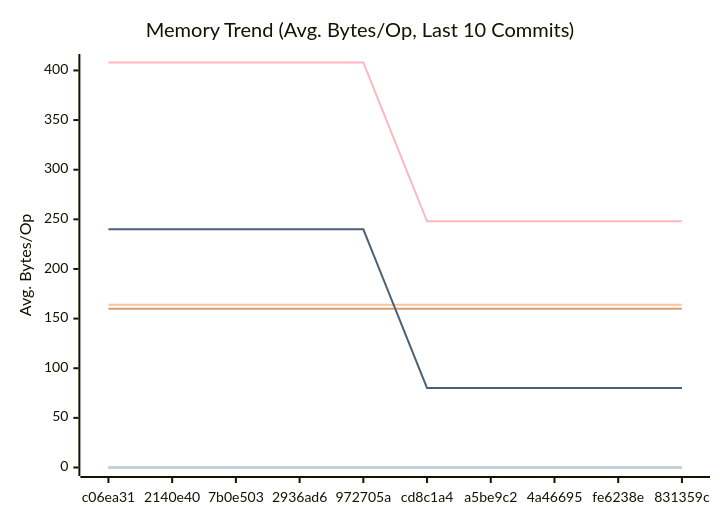
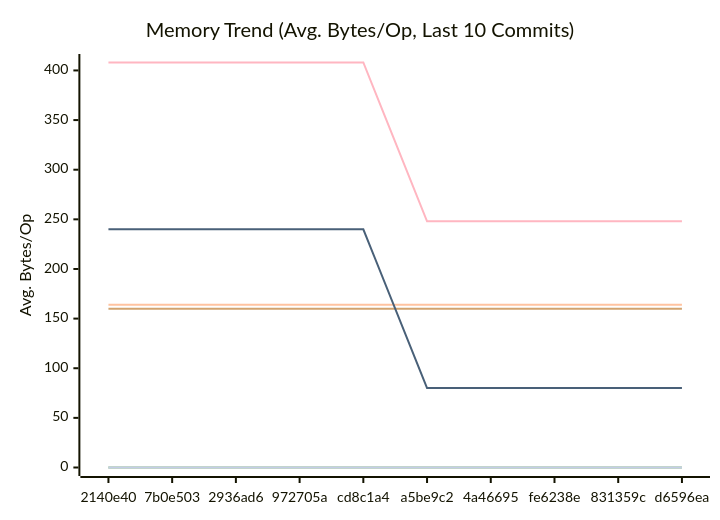
One commit to alsotoes/momo changed the second of 3 diagrams in docs/PERFORMANCE.md. Above: the diagram before and after it, drawn with Mermaid. The commit also changed other lines of this file and 2 other files, not shown here.

````diff
--- a/docs/PERFORMANCE.md
+++ b/docs/PERFORMANCE.md
@@ -97,16 +97,16 @@
 ```mermaid
 xychart-beta
     title "Memory Trend (Avg. Bytes/Op, Last 10 Commits)"
     x-axis "Commit"
     y-axis "Avg. Bytes/Op"
-    x-axis [c06ea31,2140e40,7b0e503,2936ad6,972705a,cd8c1a4,a5be9c2,4a46695,fe6238e,831359c]
+    x-axis [2140e40,7b0e503,2936ad6,972705a,cd8c1a4,a5be9c2,4a46695,fe6238e,831359c,d6596ea]
     line "CheckMetricsAndSwap" [0,0,0,0,0,0,0,0,0,0]
     line "CrushOptimized" [0,0,0,0,0,0,0,0,0,0]
     line "CrushOriginal" [164,164,164,164,164,164,164,164,164,164]
     line "IndexDirectTracking" [0,0,0,0,0,0,0,0,0,0]
     line "IndexSearch" [0,0,0,0,0,0,0,0,0,0]
     line "LoadGlobalConfig" [160,160,160,160,160,160,160,160,160,160]
     line "PadString" [0,0,0,0,0,0,0,0,0,0]
     line "ParseReplicationOrder_NoPrealloc" [408,408,408,408,408,248,248,248,248,248]
     line "ParseReplicationOrder_Prealloc" [240,240,240,240,240,80,80,80,80,80]
 ```
````
